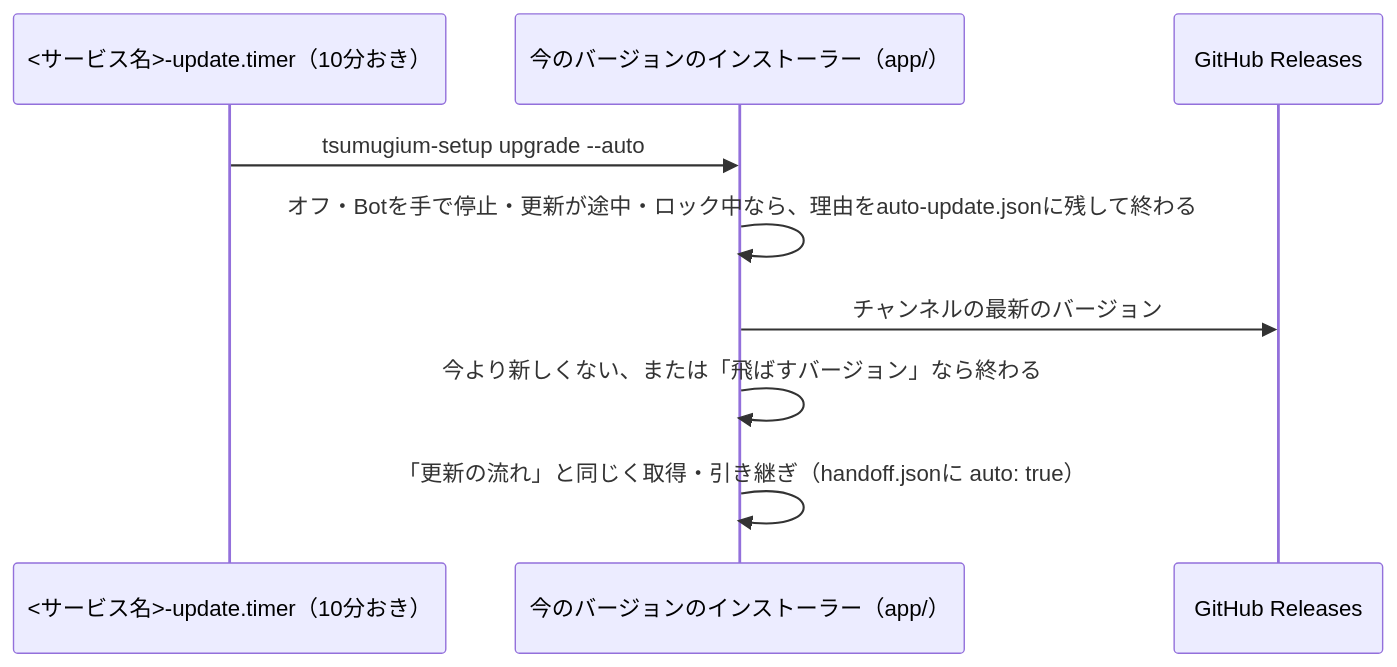
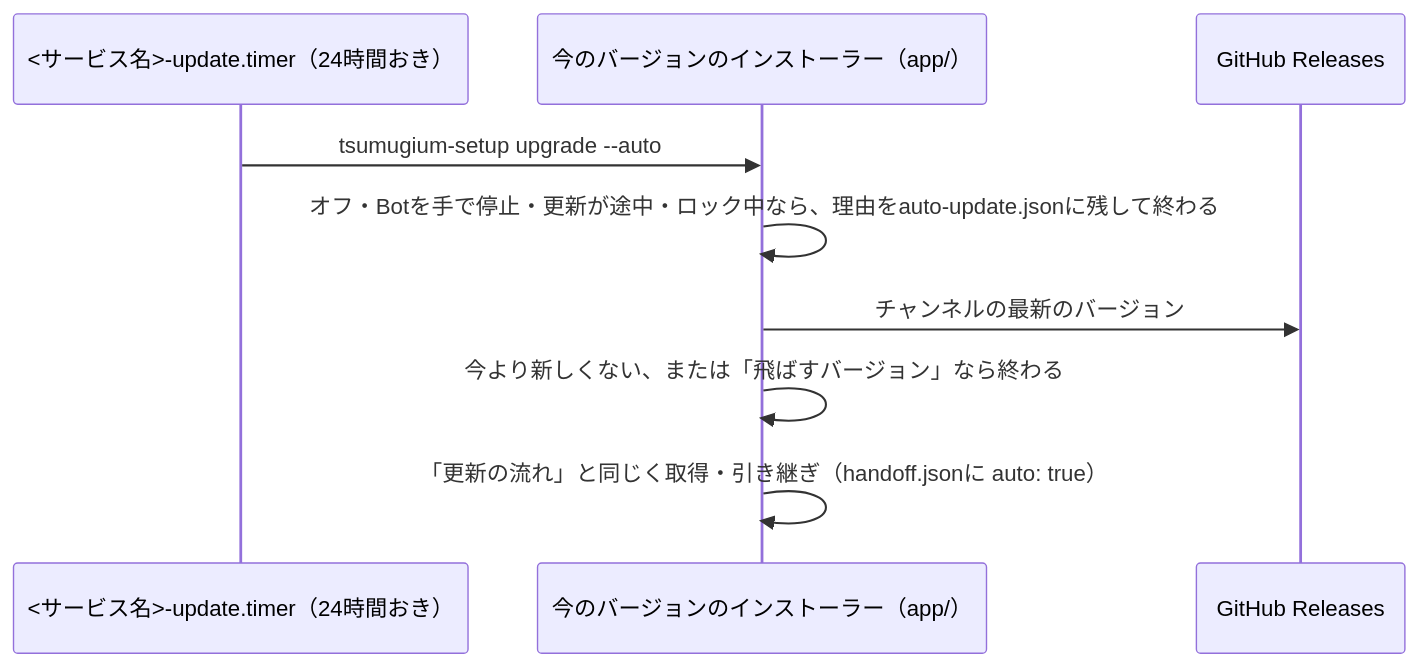
The fifth of 5 diagrams in docs/ARCHITECTURE.md (dora-ntmk/Tsumugium), drawn with Mermaid before and after one commit. The commit also changed other lines of this file and 8 other files, not shown here.

````diff
--- a/docs/ARCHITECTURE.md
+++ b/docs/ARCHITECTURE.md
@@ -226,11 +226,11 @@
 ```mermaid
 sequenceDiagram
-    participant Timer as <サービス名>-update.timer（10分おき）
+    participant Timer as <サービス名>-update.timer（24時間おき）
     participant Cur as 今のバージョンのインストーラー（app/）
     participant GH as GitHub Releases
     Timer->>Cur: tsumugium-setup upgrade --auto
     Cur->>Cur: オフ・Botを手で停止・更新が途中・ロック中なら、理由をauto-update.jsonに残して終わる
     Cur->>GH: チャンネルの最新のバージョン
     Cur->>Cur: 今より新しくない、または「飛ばすバージョン」なら終わる
     Cur->>Cur: 「更新の流れ」と同じく取得・引き継ぎ（handoff.jsonに auto: true）
 ```
````
